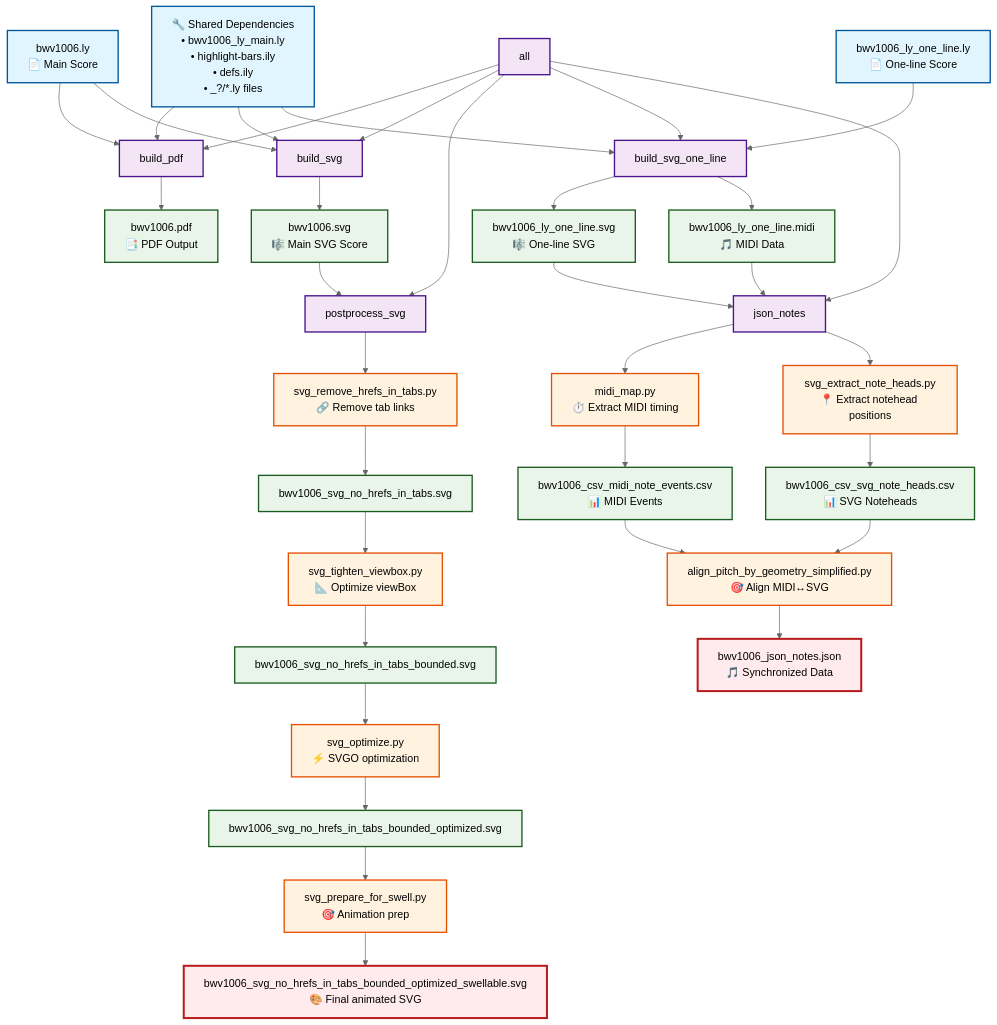
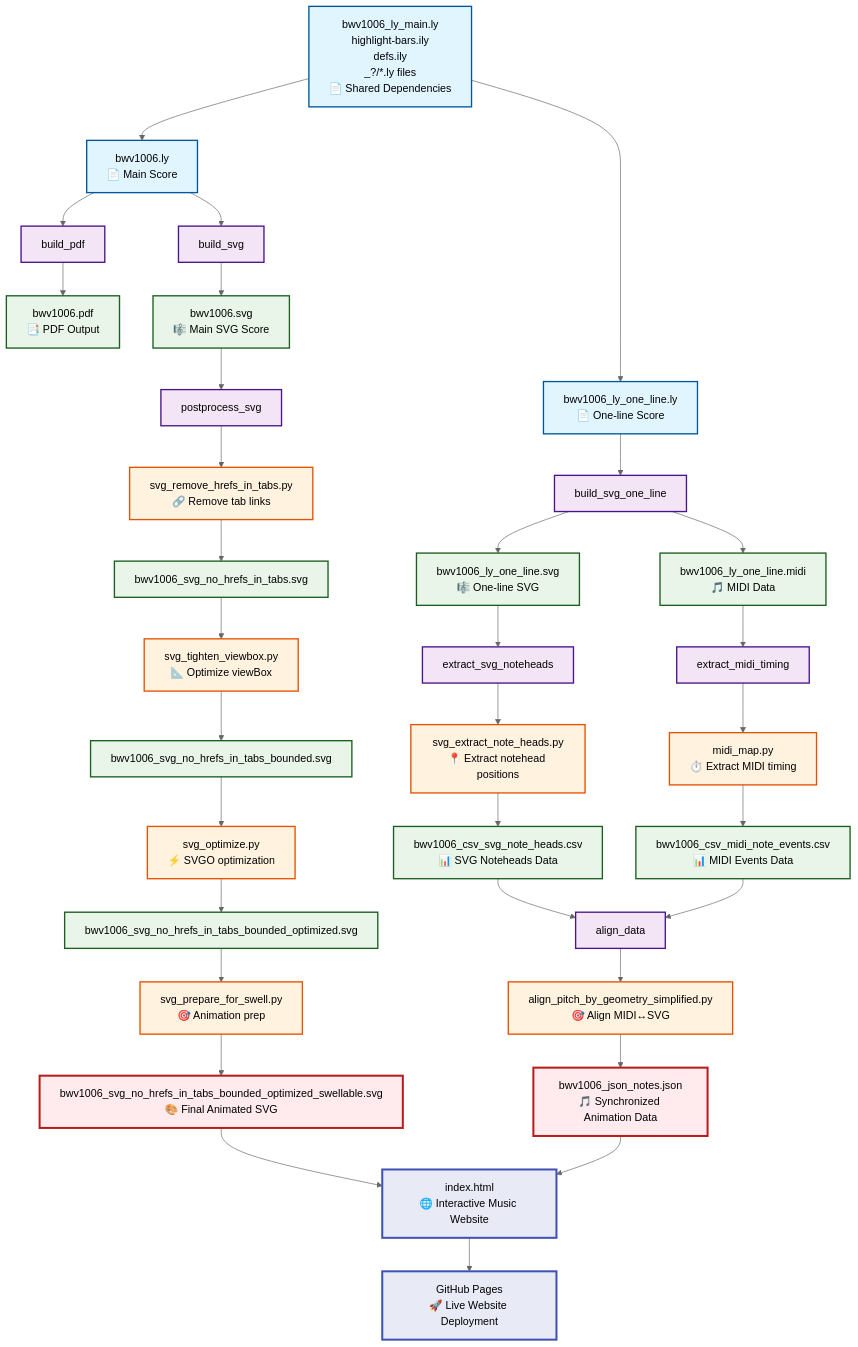
The diagram in tasks.mmd (cthiebaud/bwv1006), drawn with Mermaid before and after one commit. The commit also changed other lines of this file, not shown here.

Commit message:
a mermaid that show the build process

```diff
--- a/tasks.mmd
+++ b/tasks.mmd
@@ -1,69 +1,69 @@
 %%{init: {'theme':'neutral'}}%%
 graph TD
     %% Input Sources
     A[bwv1006.ly<br/>📄 Main Score] --> B[build_pdf]
     A --> C[build_svg]
     
     A1[bwv1006_ly_one_line.ly<br/>📄 One-line Score] --> D[build_svg_one_line]
     
-    A2[🔧 Shared Dependencies<br/>• bwv1006_ly_main.ly<br/>• highlight-bars.ily<br/>• defs.ily<br/>• _?/*.ly files] --> B
-    A2 --> C
-    A2 --> D
+    A2[bwv1006_ly_main.ly<br/>highlight-bars.ily<br/>defs.ily<br/>_?/*.ly files<br/>📄 Shared Dependencies] --> A
+    A2 --> A1
     
     %% PDF Generation
     B --> B1[bwv1006.pdf<br/>📑 PDF Output]
     
     %% SVG Generation Chain
     C --> C1[bwv1006.svg<br/>🎼 Main SVG Score]
     C1 --> E[postprocess_svg]
     
     %% SVG Post-processing Pipeline
     E --> E1[svg_remove_hrefs_in_tabs.py<br/>🔗 Remove tab links]
     E1 --> E2[bwv1006_svg_no_hrefs_in_tabs.svg]
     
     E2 --> E3[svg_tighten_viewbox.py<br/>📐 Optimize viewBox]
     E3 --> E4[bwv1006_svg_no_hrefs_in_tabs_bounded.svg]
     
     E4 --> E5[svg_optimize.py<br/>⚡ SVGO optimization]
     E5 --> E6[bwv1006_svg_no_hrefs_in_tabs_bounded_optimized.svg]
     
     E6 --> E7[svg_prepare_for_swell.py<br/>🎯 Animation prep]
-    E7 --> E8[bwv1006_svg_no_hrefs_in_tabs_bounded_optimized_swellable.svg<br/>🎨 Final animated SVG]
+    E7 --> E8[bwv1006_svg_no_hrefs_in_tabs_bounded_optimized_swellable.svg<br/>🎨 Final Animated SVG]
     
     %% One-line SVG and MIDI Generation
     D --> D1[bwv1006_ly_one_line.svg<br/>🎼 One-line SVG]
     D --> D2[bwv1006_ly_one_line.midi<br/>🎵 MIDI Data]
     
-    %% JSON Notes Pipeline
-    D1 --> F[json_notes]
-    D2 --> F
+    %% Parallel Data Extraction
+    D1 --> F[extract_svg_noteheads]    
+    F --> F1[svg_extract_note_heads.py<br/>📍 Extract notehead positions]
+    F1 --> F2[bwv1006_csv_svg_note_heads.csv<br/>📊 SVG Noteheads Data]
     
-    F --> F1[midi_map.py<br/>⏱️ Extract MIDI timing]
-    F1 --> F2[bwv1006_csv_midi_note_events.csv<br/>📊 MIDI Events]
+    D2 --> G[extract_midi_timing]
+    G --> G1[midi_map.py<br/>⏱️ Extract MIDI timing]
+    G1 --> G2[bwv1006_csv_midi_note_events.csv<br/>📊 MIDI Events Data]
     
-    F --> F3[svg_extract_note_heads.py<br/>📍 Extract notehead positions]
-    F3 --> F4[bwv1006_csv_svg_note_heads.csv<br/>📊 SVG Noteheads]
+    %% Data Alignment (requires both CSV files)
+    F2 --> H[align_data]
+    G2 --> H
+    H --> H1[align_pitch_by_geometry_simplified.py<br/>🎯 Align MIDI↔SVG]
+    H1 --> H2[bwv1006_json_notes.json<br/>🎵 Synchronized Animation Data]
     
-    F2 --> F5[align_pitch_by_geometry_simplified.py<br/>🎯 Align MIDI↔SVG]
-    F4 --> F5
-    F5 --> F6[bwv1006_json_notes.json<br/>🎵 Synchronized Data]
-    
-    %% Master Task
-    G[all] --> B
-    G --> C
-    G --> E
-    G --> D
-    G --> F
+    %% Web Deployment
+    E8 --> I[index.html<br/>🌐 Interactive Music Website]
+    H2 --> I
+    I --> I1[GitHub Pages<br/>🚀 Live Website Deployment]
     
     %% Styling
     classDef inputFile fill:#e1f5fe,stroke:#01579b,stroke-width:2px
     classDef task fill:#f3e5f5,stroke:#4a148c,stroke-width:2px
     classDef outputFile fill:#e8f5e8,stroke:#1b5e20,stroke-width:2px
     classDef script fill:#fff3e0,stroke:#e65100,stroke-width:2px
     classDef finalOutput fill:#ffebee,stroke:#b71c1c,stroke-width:3px
+    classDef webDeployment fill:#e8eaf6,stroke:#3f51b5,stroke-width:3px
     
     class A,A1,A2 inputFile
-    class B,C,D,E,F,G task
-    class B1,C1,D1,D2,E2,E4,E6,F2,F4 outputFile
-    class E1,E3,E5,E7,F1,F3,F5 script
-    class E8,F6 finalOutput
+    class B,C,D,E,F,G,H task
+    class B1,C1,D1,D2,E2,E4,E6,F2,G2 outputFile
+    class E1,E3,E5,E7,F1,G1,H1 script
+    class E8,H2 finalOutput
+    class I,I1 webDeployment
```
